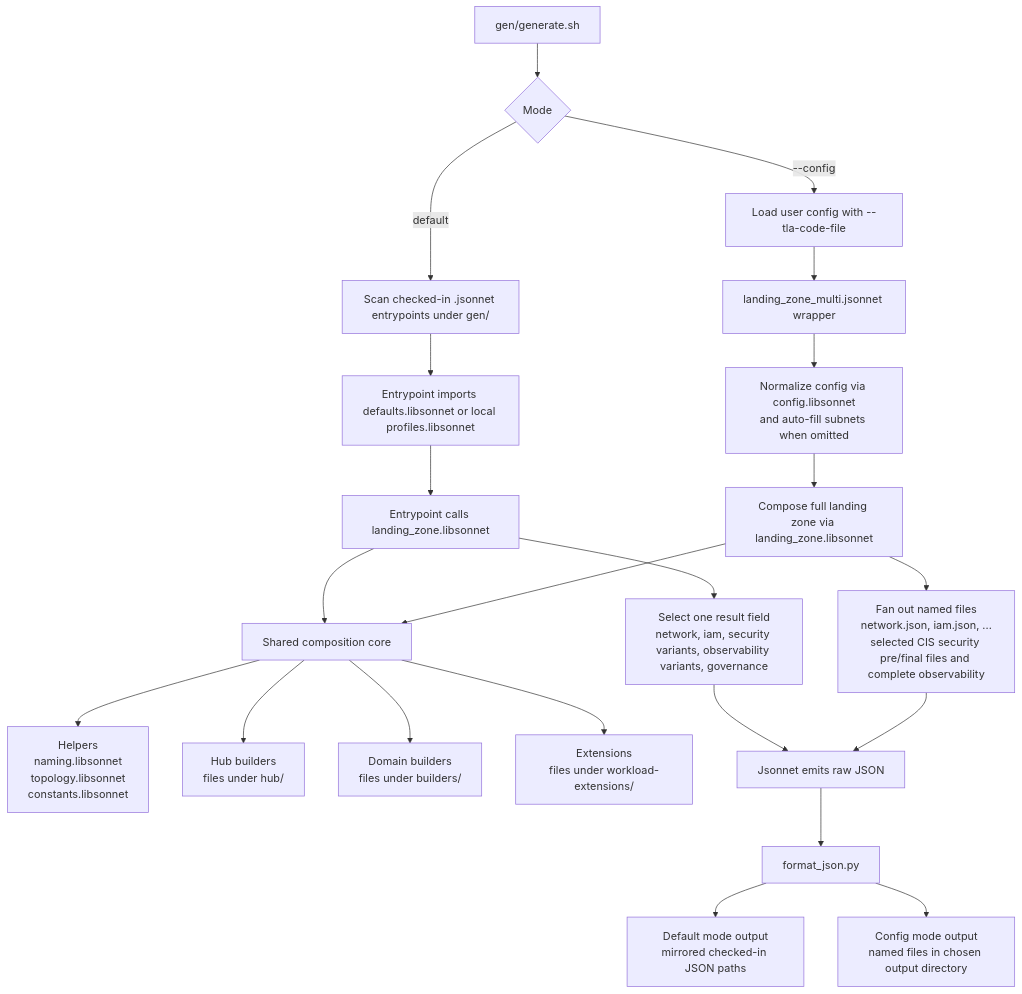
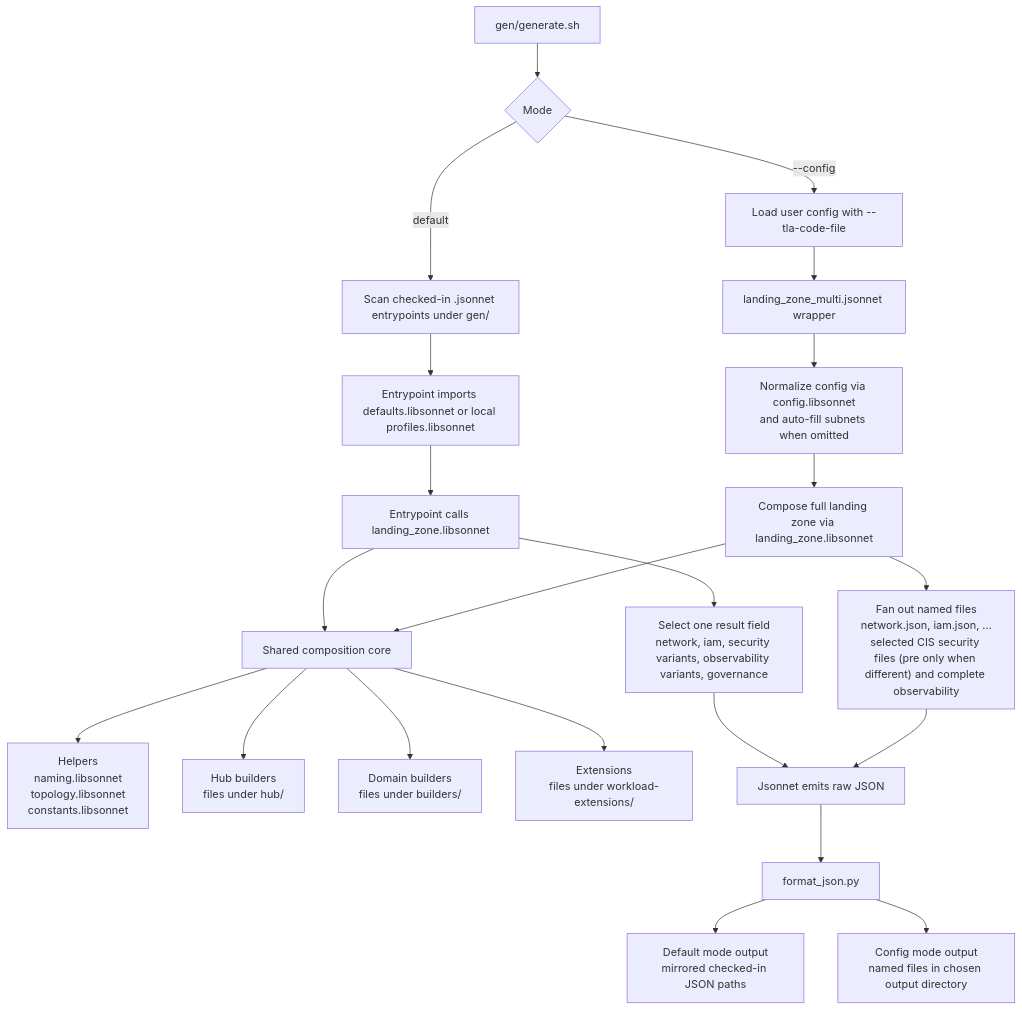
Before and after one commit to oci-landing-zones/oci-landing-zone-operating-entities: the diagram in gen/AGENTS.md, drawn with Mermaid. The commit also changed other lines of this file and 42 other files, not shown here.

````diff
--- a/gen/AGENTS.md
+++ b/gen/AGENTS.md
@@ -82,29 +82,29 @@
 ```mermaid
 flowchart TD
     A["gen/generate.sh"] --> B{Mode}
     B -->|default| C["Scan checked-in .jsonnet entrypoints under gen/"]
     B -->|--config| D["Load user config with --tla-code-file"]
 
     C --> E["Entrypoint imports defaults.libsonnet or local profiles.libsonnet"]
     E --> F["Entrypoint calls landing_zone.libsonnet"]
     F --> G["Select one result field<br/>network, iam, security variants, observability variants, governance"]
 
     D --> H["landing_zone_multi.jsonnet wrapper"]
     H --> I["Normalize config via config.libsonnet<br/>and auto-fill subnets when omitted"]
     I --> J["Compose full landing zone via landing_zone.libsonnet"]
-    J --> K["Fan out named files<br/>network.json, iam.json, ...<br/>selected CIS security pre/final files and complete observability"]
+    J --> K["Fan out named files<br/>network.json, iam.json, ...<br/>selected CIS security files (pre only when different) and complete observability"]
 
     F --> L["Shared composition core"]
     J --> L
 
     L --> M["Helpers<br/>naming.libsonnet<br/>topology.libsonnet<br/>constants.libsonnet"]
     L --> N["Hub builders<br/>files under hub/"]
     L --> O["Domain builders<br/>files under builders/"]
     L --> P["Extensions<br/>files under workload-extensions/"]
 
     G --> Q["Jsonnet emits raw JSON"]
     K --> Q
     Q --> R["format_json.py"]
     R --> S["Default mode output<br/>mirrored checked-in JSON paths"]
     R --> T["Config mode output<br/>named files in chosen output directory"]
 ```
````
